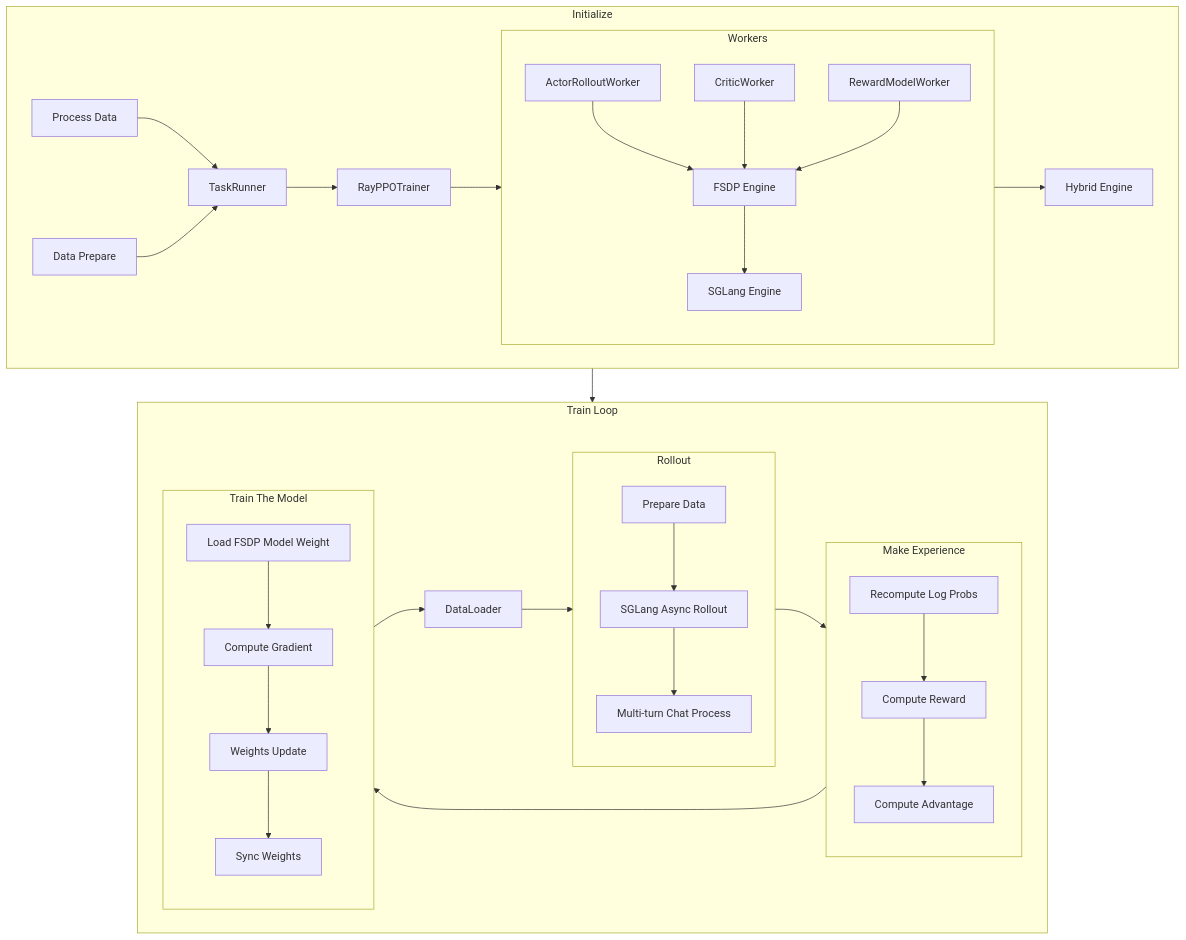
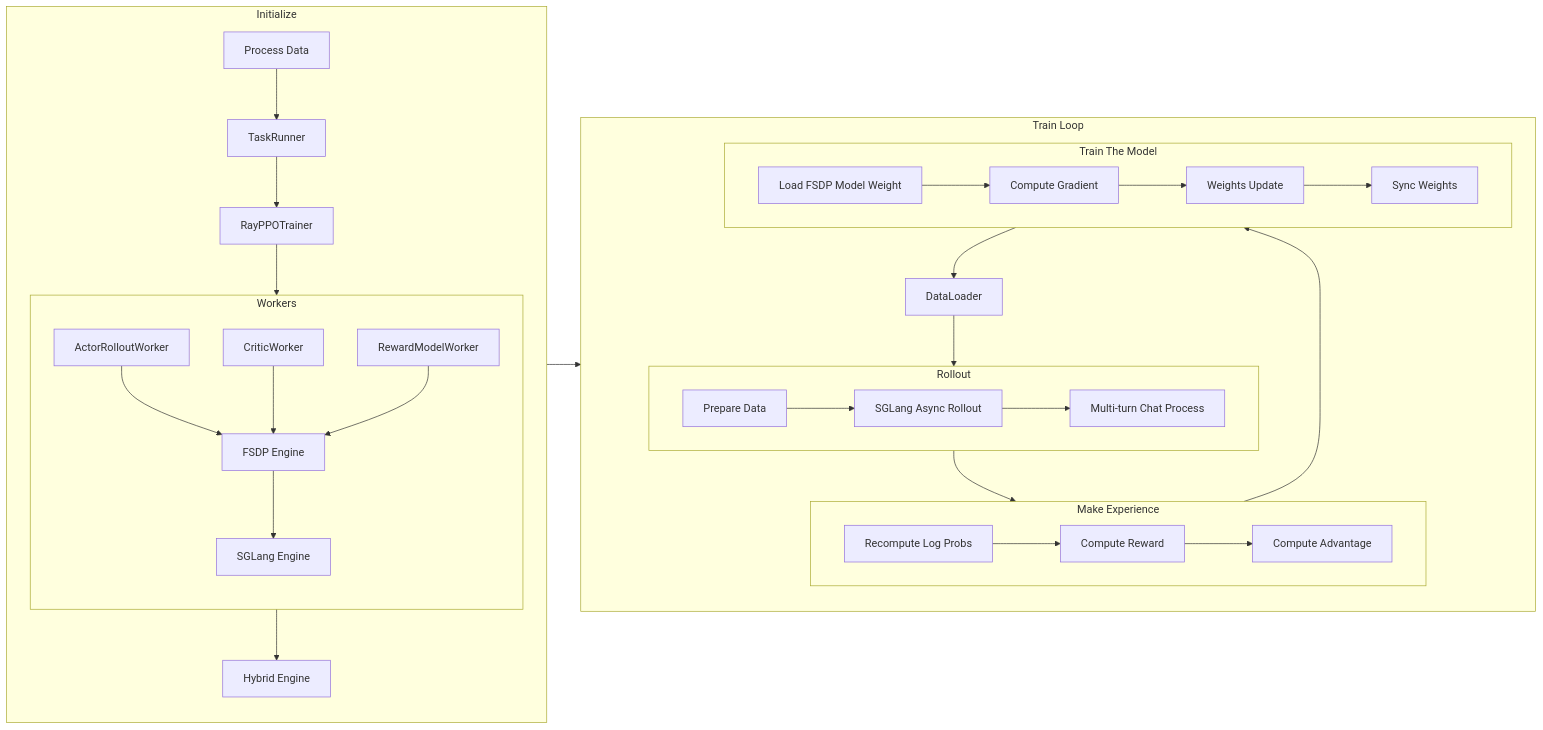
One commit to laocheyujie/verl changed the diagram in 流程图.md. Above: the diagram before and after it, drawn with Mermaid. The commit also changed 22 other files, not shown here.

````diff
--- a/流程图.md
+++ b/流程图.md
@@ -1,46 +1,48 @@
 ```mermaid
-flowchart TB
+flowchart LR
 subgraph W2["Initialize"]
-    WP[Process Data] --> A
-    D1[Data Prepare] --> A
-    A[TaskRunner] --> B1[RayPPOTrainer]
-    B1 --> Workers
+WP[Process Data] --> A
+direction TB D1[Data Prepare] --> A
+A[TaskRunner] --> B1[RayPPOTrainer]
+B1 --> Workers
 
     subgraph Workers["Workers"]
-        WA[ActorRolloutWorker] --> WD[FSDP Engine]
+        direction TB
+                WA[ActorRolloutWorker] --> WD[FSDP Engine]
         WB[CriticWorker] --> WD
         WC[RewardModelWorker] --> WD
         WD --> WE[SGLang Engine]
     end
 
     Workers --> C1[Hybrid Engine]
 end 
 
 subgraph W3["Train Loop"]
+    direction TB
     E[DataLoader] --> RolloutBox
 
     subgraph RolloutBox["Rollout"]
         F1[Prepare Data] --> F2[SGLang Async Rollout]
         F2 --> F3[Multi-turn Chat Process]
     end
 
     RolloutBox --> ExpBox
 
     subgraph ExpBox["Make Experience"]
         G1[Recompute Log Probs] --> G2[Compute Reward]
         G2 --> G3[Compute Advantage]
     end
 
     ExpBox --> UpdateBox
 
     subgraph UpdateBox["Train The Model"]
         H1[Load FSDP Model Weight] --> H2[Compute Gradient]
         H2 --> H3[Weights Update]
         H3 --> H4[Sync Weights]
     end
 
     UpdateBox --> E
 end
 
 W2 --> W3
 ```
````
